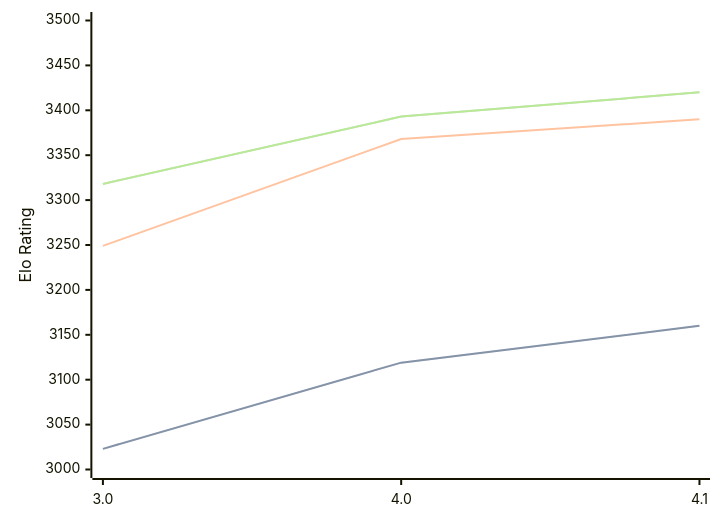
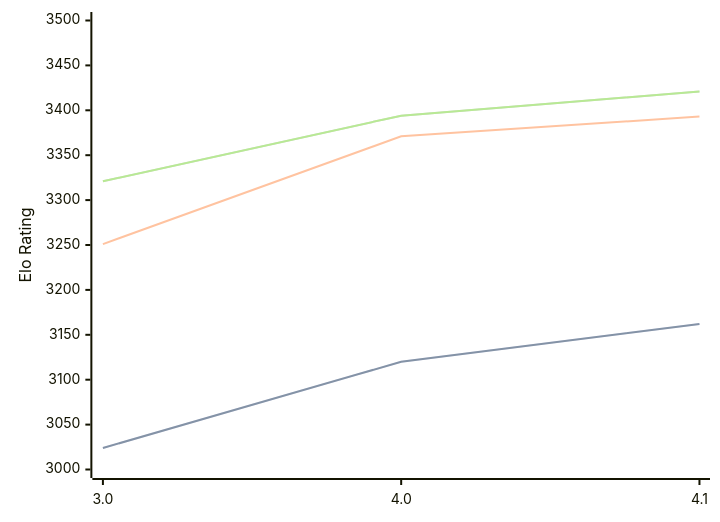
The diagram in engines/Eleanor.md (computer-chess-index/cci), drawn with Mermaid before and after one commit. The commit also changed other lines of this file, not shown here.

Commit message:
Update CCI Ratings (ELO VLTC) - 2026-08-22

````diff
--- a/engines/Eleanor.md
+++ b/engines/Eleanor.md
@@ -33,11 +33,11 @@
 ```mermaid
 %%{init: {"theme":"base","themeVariables":{"seriesColors:['#a3a3a3','#222221','#faa371']}}}%%
 xychart-beta
   x-axis ["3.0", "4.0", "4.1"]
   y-axis "Elo Rating" 3000 --> 3500
-  line "STC (8.0+0.08s)" [3023, 3119, 3160]
-  line "STC (8.0+0.08s)" [3023, 3119, 3160]
-  line "LTC (60.0+0.60s)" [3249, 3368, 3390]
-  line "VLTC (2m24s+1.12s)" [3318, 3393, 3420]
-  line "VLTC (2m24s+1.12s)" [3318, 3393, 3420]
+  line "STC (8.0+0.08s)" [3024, 3120, 3162]
+  line "STC (8.0+0.08s)" [3024, 3120, 3162]
+  line "LTC (60.0+0.60s)" [3251, 3371, 3393]
+  line "VLTC (2m24s+1.12s)" [3321, 3394, 3421]
+  line "VLTC (2m24s+1.12s)" [3321, 3394, 3421]
 ```
````
